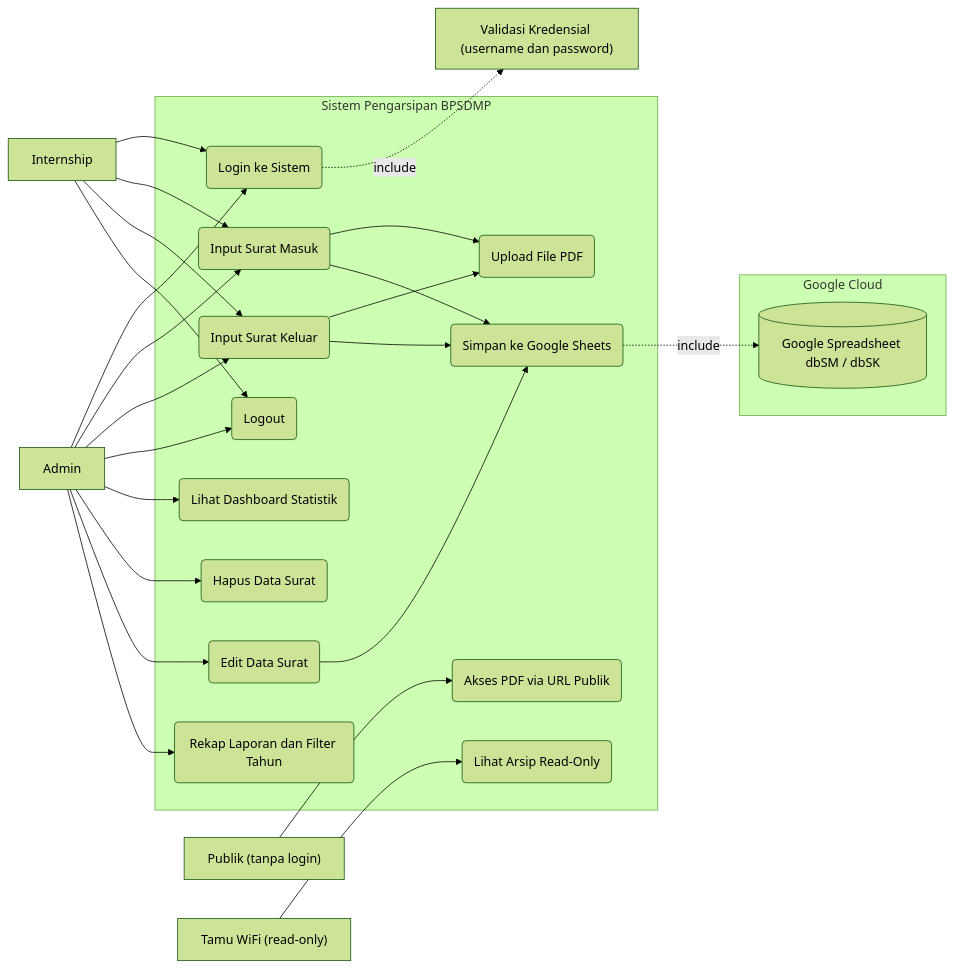
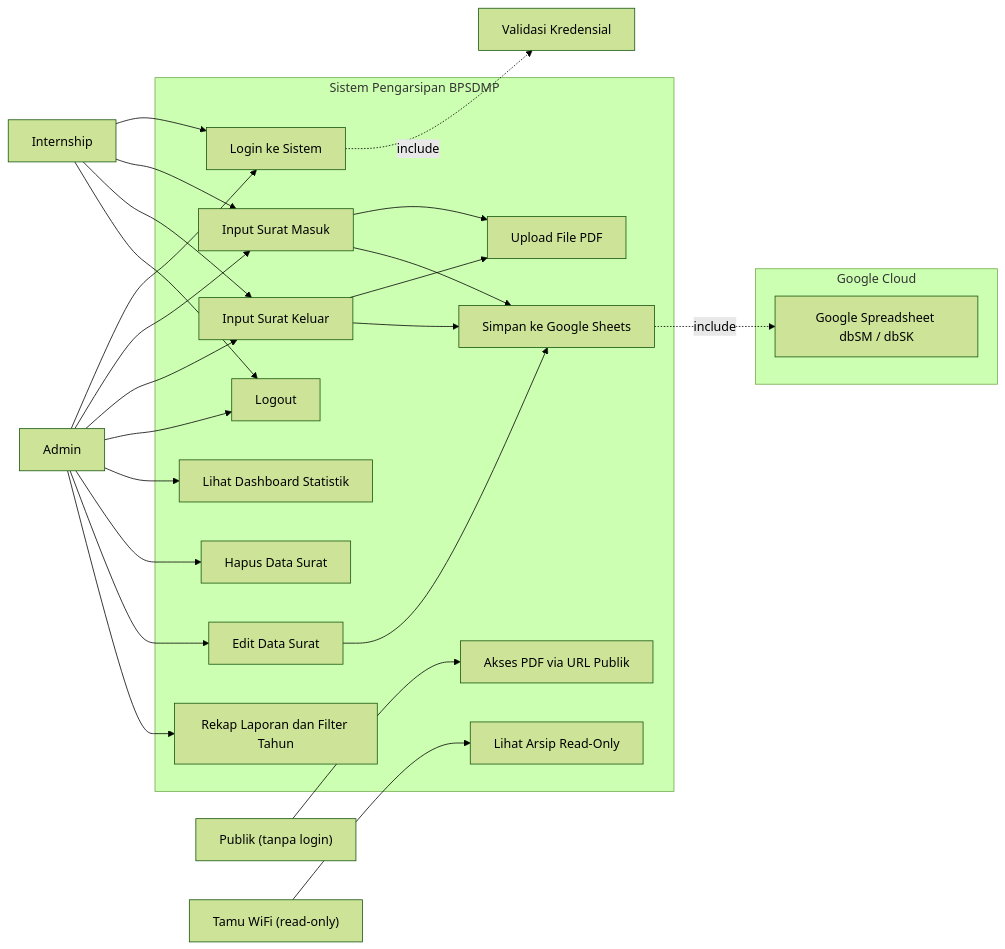
One commit to Rpl087/PROJECT-MAGANG changed the first of 3 diagrams in README.md. Above: the diagram before and after it, drawn with Mermaid (forest theme). The commit also changed other lines of this file, not shown here.

````diff
--- a/README.md
+++ b/README.md
@@ -62,50 +62,50 @@
 ```mermaid
 graph LR
     Admin["Admin"]
     Internship["Internship"]
     Public["Publik (tanpa login)"]
     Tamu["Tamu WiFi (read-only)"]
 
     subgraph Sistem["Sistem Pengarsipan BPSDMP"]
-        UC1("Login ke Sistem")
-        UC2("Input Surat Masuk")
-        UC3("Input Surat Keluar")
-        UC4("Upload File PDF")
-        UC5("Simpan ke Google Sheets")
-        UC6("Logout")
-        UC7("Lihat Dashboard Statistik")
-        UC8("Akses PDF via URL Publik")
-        UC9("Hapus Data Surat")
-        UC10("Lihat Arsip Read-Only")
-        UC11("Edit Data Surat")
-        UC12("Rekap Laporan dan Filter Tahun")
+        UC1["Login ke Sistem"]
+        UC2["Input Surat Masuk"]
+        UC3["Input Surat Keluar"]
+        UC4["Upload File PDF"]
+        UC5["Simpan ke Google Sheets"]
+        UC6["Logout"]
+        UC7["Lihat Dashboard Statistik"]
+        UC8["Akses PDF via URL Publik"]
+        UC9["Hapus Data Surat"]
+        UC10["Lihat Arsip Read-Only"]
+        UC11["Edit Data Surat"]
+        UC12["Rekap Laporan dan Filter Tahun"]
 
         UC2 --> UC4
         UC3 --> UC4
         UC2 --> UC5
         UC3 --> UC5
         UC11 --> UC5
     end
 
     subgraph Google["Google Cloud"]
-        GS[("Google Spreadsheet dbSM / dbSK")]
+        GS["Google Spreadsheet dbSM / dbSK"]
     end
 
     Admin --> UC1
     Admin --> UC2
     Admin --> UC3
     Admin --> UC6
     Admin --> UC7
     Admin --> UC9
     Admin --> UC11
     Admin --> UC12
     Internship --> UC1
     Internship --> UC2
     Internship --> UC3
     Internship --> UC6
     Public --> UC8
     Tamu --> UC10
 
-    UC1 -.->|include| VALID["Validasi Kredensial (username dan password)"]
+    UC1 -.->|include| VALID["Validasi Kredensial"]
     UC5 -.->|include| GS
 ```
````
